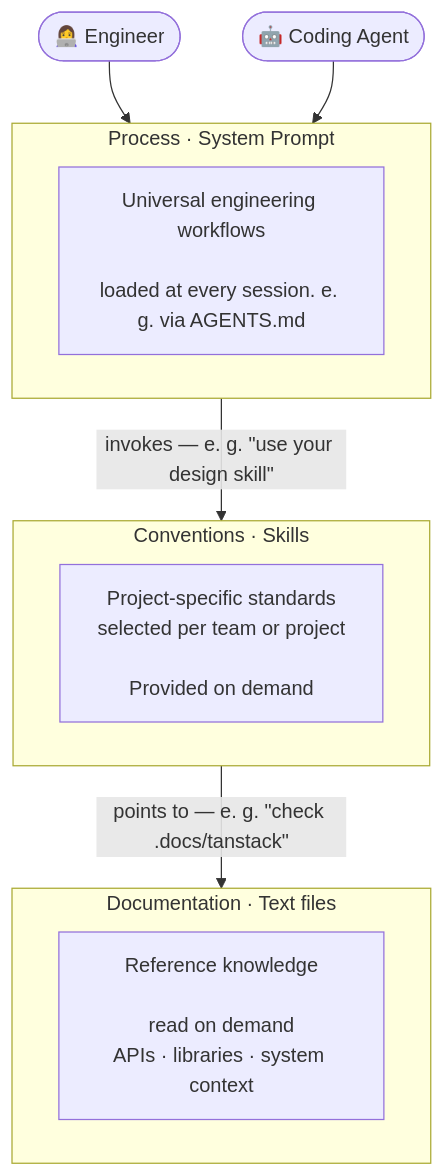
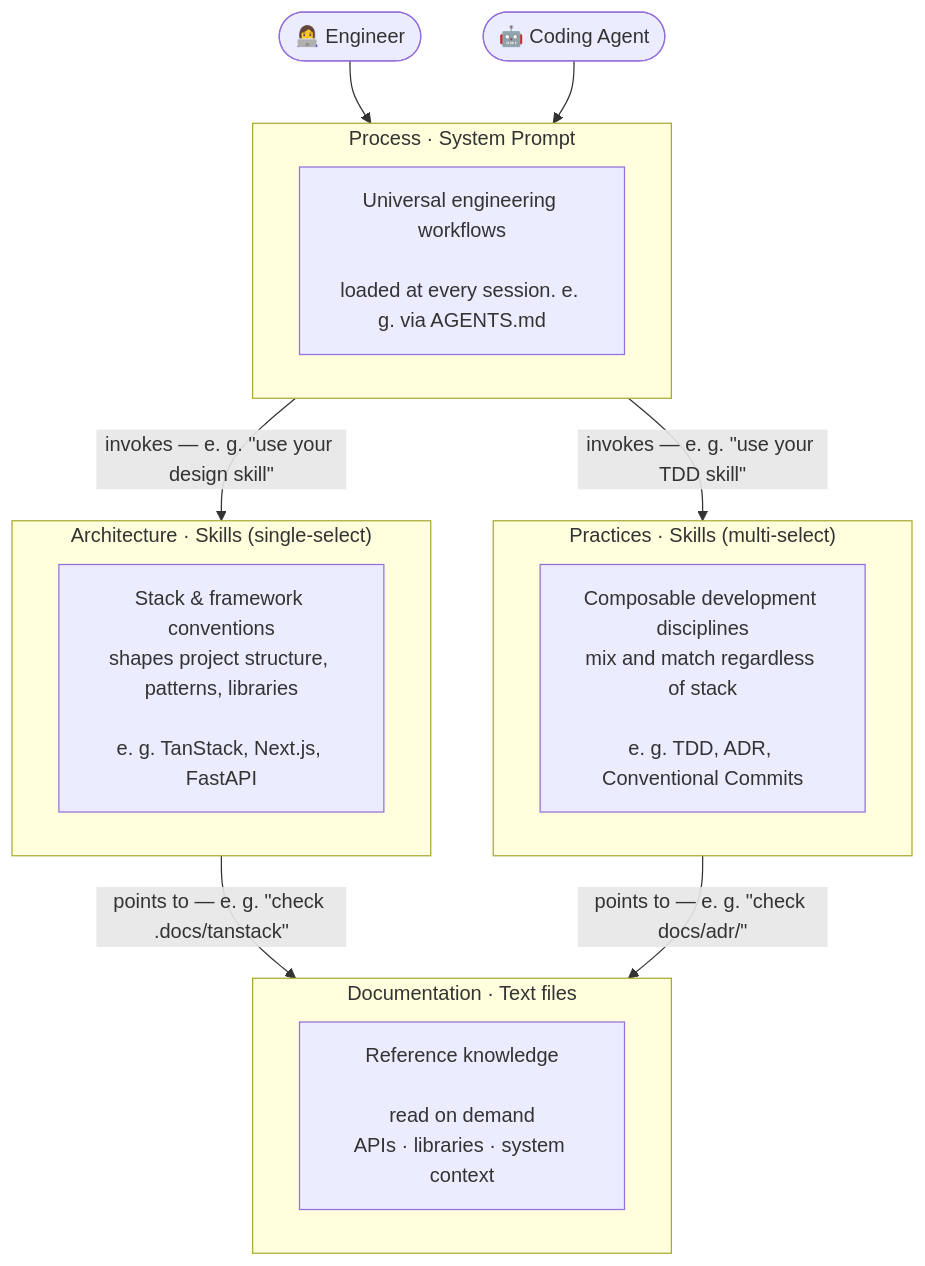
One commit to codemcp/ade changed the diagram in README.md. Above: the diagram before and after it, drawn with Mermaid. The commit also changed other lines of this file and 7 other files, not shown here.

First line of the commit message:
refactor: split conventions facet into architecture and practices

````diff
--- a/README.md
+++ b/README.md
@@ -53,23 +53,29 @@
 ```mermaid
 flowchart TD
     Engineer(["👩‍💻 Engineer"])
     Agent(["🤖 Coding Agent"])
 
     Engineer --> Process
     Agent --> Process
 
     subgraph Process ["Process · System Prompt"]
         P["Universal engineering workflows<br><br>loaded at every session. e. g. via AGENTS.md"]
     end
 
-    subgraph Conventions ["Conventions · Skills"]
-        S["Project-specific standards<br>selected per team or project<br><br>Provided on demand"]
+    subgraph Architecture ["Architecture · Skills (single-select)"]
+        A["Stack & framework conventions<br>shapes project structure, patterns, libraries<br><br>e. g. TanStack, Next.js, FastAPI"]
+    end
+
+    subgraph Practices ["Practices · Skills (multi-select)"]
+        PR["Composable development disciplines<br>mix and match regardless of stack<br><br>e. g. TDD, ADR, Conventional Commits"]
     end
 
     subgraph Documentation ["Documentation · Text files"]
         D["Reference knowledge<br><br>read on demand<br>APIs · libraries · system context"]
     end
 
-    Process -->|"invokes — e. g. &quot;use your design skill&quot;"| Conventions
-    Conventions -->|"points to — e. g. &quot;check .docs/tanstack&quot;"| Documentation
+    Process -->|"invokes — e. g. &quot;use your design skill&quot;"| Architecture
+    Process -->|"invokes — e. g. &quot;use your TDD skill&quot;"| Practices
+    Architecture -->|"points to — e. g. &quot;check .docs/tanstack&quot;"| Documentation
+    Practices -->|"points to — e. g. &quot;check docs/adr/&quot;"| Documentation
 ```
````
